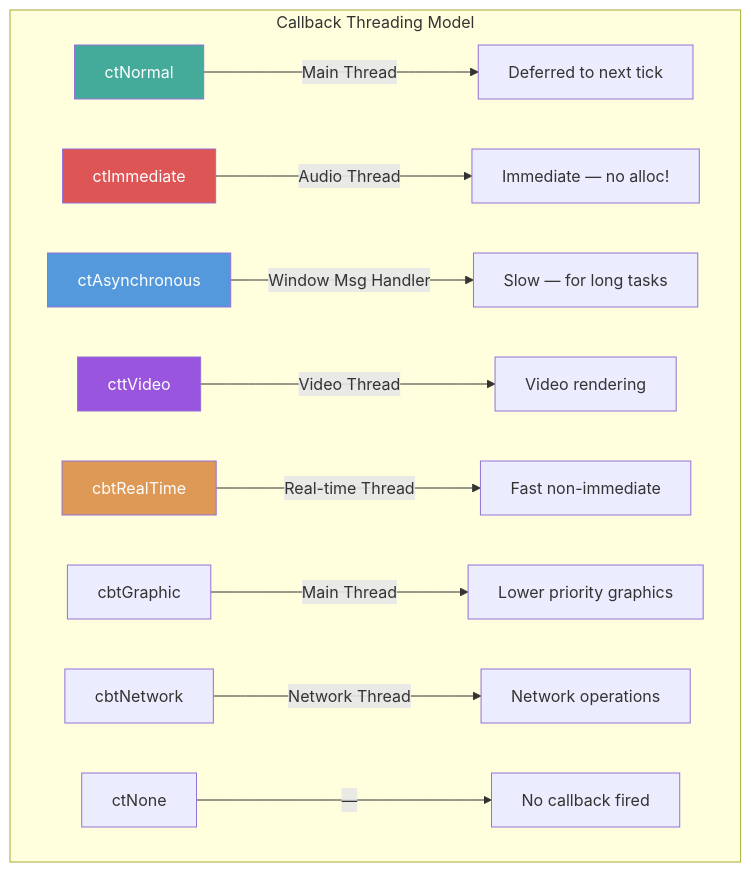
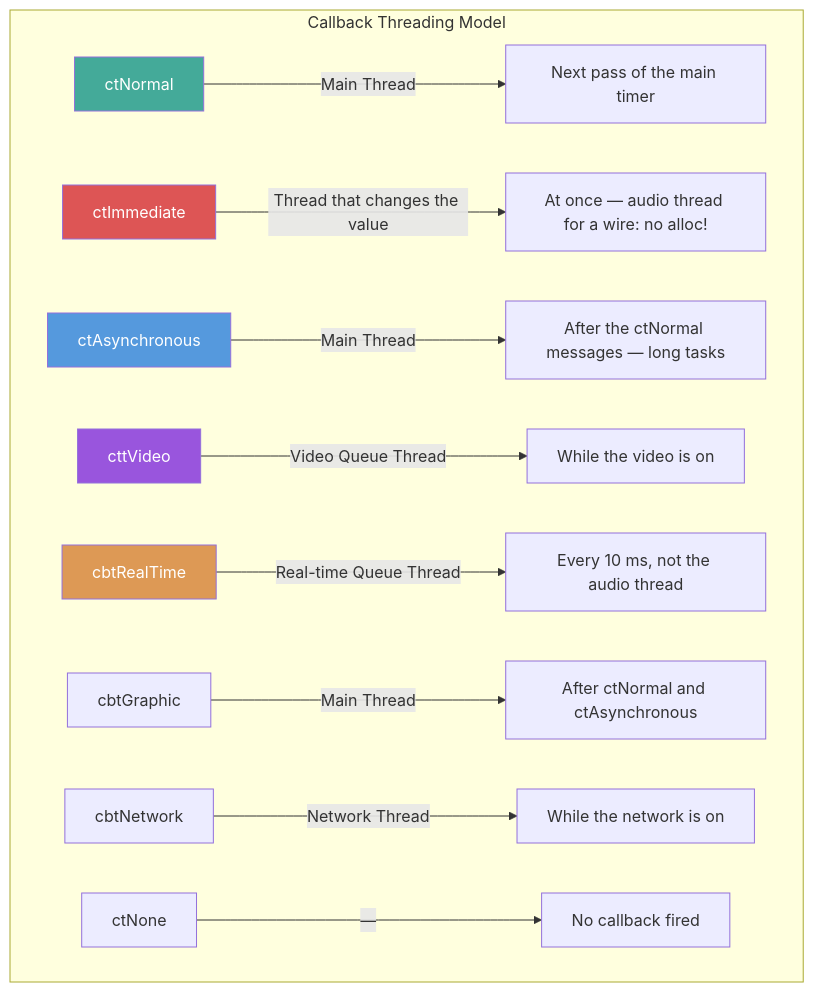
Before and after one commit to brainmodular/USINE-SDK-PUBLIC: the third of 5 diagrams in wiki/sdk/module-architecture.md, drawn with Mermaid. The commit also changed other lines of this file and 92 other files, not shown here.

````diff
--- a/wiki/sdk/module-architecture.md
+++ b/wiki/sdk/module-architecture.md
@@ -178,19 +178,19 @@
 ```mermaid
 graph TB
     subgraph "Callback Threading Model"
-        CT[ctNormal] -->|Main Thread| MT[Deferred to next tick]
-        CI[ctImmediate] -->|Audio Thread| AT["Immediate — no alloc!"]
-        CA[ctAsynchronous] -->|Window Msg Handler| BT[Slow — for long tasks]
-        CV[cttVideo] -->|Video Thread| VT[Video rendering]
-        CR[cbtRealTime] -->|Real-time Thread| RT[Fast non-immediate]
-        CG[cbtGraphic] -->|Main Thread| GT[Lower priority graphics]
-        CNW[cbtNetwork] -->|Network Thread| NT[Network operations]
+        CT[ctNormal] -->|Main Thread| MT[Next pass of the main timer]
+        CI[ctImmediate] -->|Thread that changes the value| AT["At once — audio thread for a wire: no alloc!"]
+        CA[ctAsynchronous] -->|Main Thread| BT[After the ctNormal messages — long tasks]
+        CV[cttVideo] -->|Video Queue Thread| VT[While the video is on]
+        CR[cbtRealTime] -->|Real-time Queue Thread| RT[Every 10 ms, not the audio thread]
+        CG[cbtGraphic] -->|Main Thread| GT[After ctNormal and ctAsynchronous]
+        CNW[cbtNetwork] -->|Network Thread| NT[While the network is on]
         CN[ctNone] -->|—| NONE[No callback fired]
     end
 
     style CI fill:#d55,color:#fff
     style CT fill:#4a9,color:#fff
     style CA fill:#59d,color:#fff
     style CR fill:#d95,color:#fff
     style CV fill:#95d,color:#fff
 ```
````
